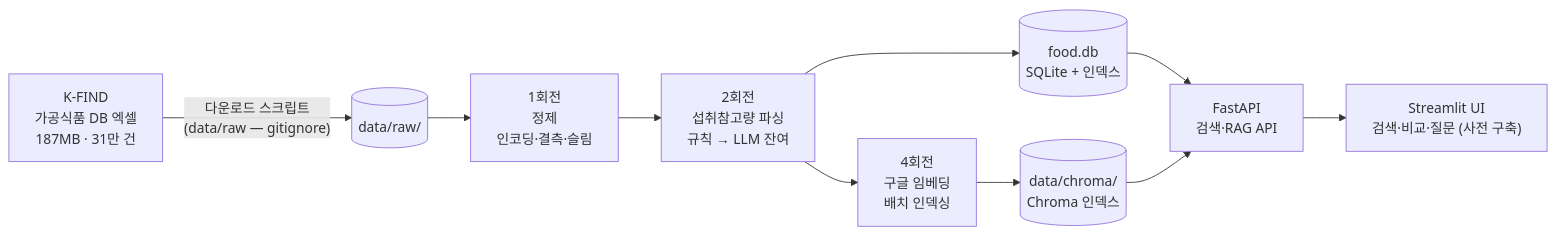
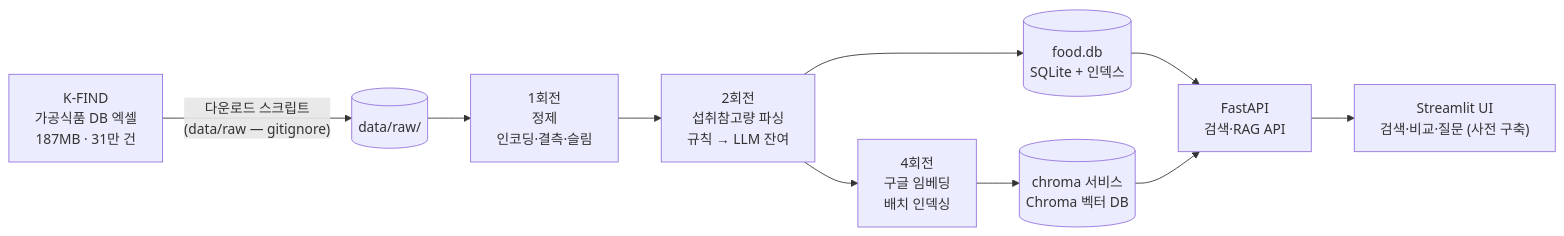
The first of 3 diagrams in site/src/content/courses/ko/session-04/index.mdx (2026-ai-service-engineering-a/ai_service_engineering-track_a), drawn with Mermaid before and after one commit. The commit also changed other lines of this file, not shown here.

Commit message:
Run Chroma as a compose service instead of embedded mode

````diff
--- a/site/src/content/courses/ko/session-04/index.mdx
+++ b/site/src/content/courses/ko/session-04/index.mdx
@@ -117,12 +117,12 @@
 ```mermaid
 flowchart LR
     SRC["K-FIND<br/>가공식품 DB 엑셀<br/>187MB · 31만 건"] -->|"다운로드 스크립트<br/>(data/raw — gitignore)"| RAW[("data/raw/")]
     RAW --> C1["1회전<br/>정제<br/>인코딩·결측·슬림"]
     C1 --> C2["2회전<br/>섭취참고량 파싱<br/>규칙 → LLM 잔여"]
     C2 --> DB[("food.db<br/>SQLite + 인덱스")]
     C2 --> EM["4회전<br/>구글 임베딩<br/>배치 인덱싱"]
-    EM --> VEC[("data/chroma/<br/>Chroma 인덱스")]
+    EM --> VEC[("chroma 서비스<br/>Chroma 벡터 DB")]
     DB --> API["FastAPI<br/>검색·RAG API"]
     VEC --> API
     API --> UI["Streamlit UI<br/>검색·비교·질문 (사전 구축)"]
 ```
````
